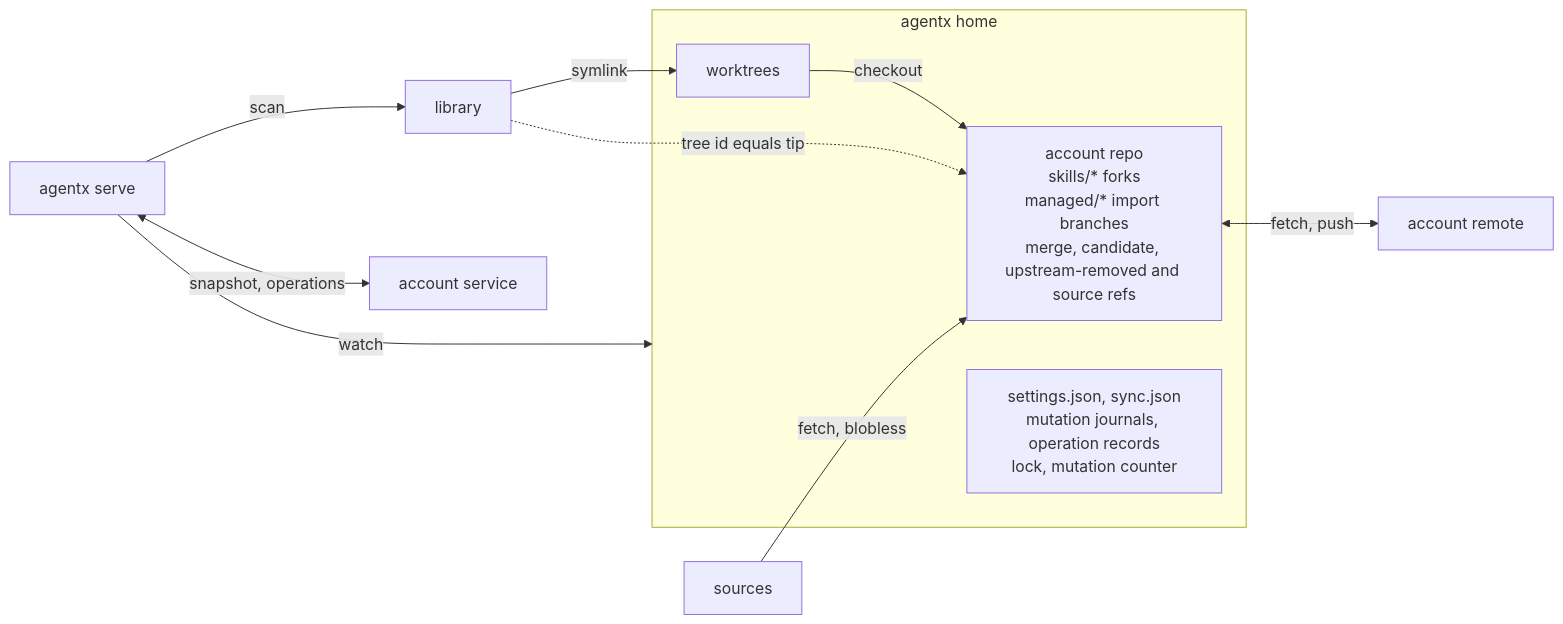
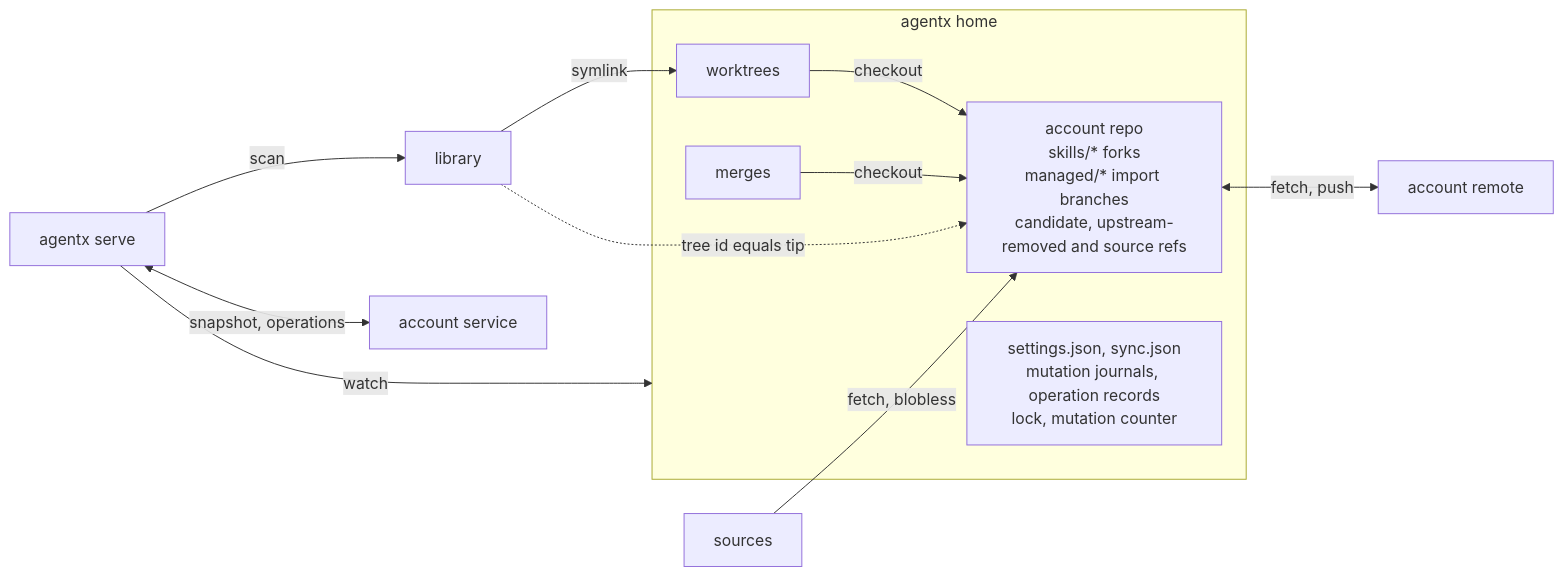
One commit to grundmanise/agentx changed the diagram in docs/adr/0004-no-local-database-git-holds-lineage-files-hold-machine-state.md. Above: the diagram before and after it, drawn with Mermaid. The commit also changed other lines of this file and 29 other files, not shown here.

````diff
--- a/docs/adr/0004-no-local-database-git-holds-lineage-files-hold-machine-state.md
+++ b/docs/adr/0004-no-local-database-git-holds-lineage-files-hold-machine-state.md
@@ -24,16 +25,18 @@
 ```mermaid
 flowchart LR
   subgraph home["agentx home"]
-    repo["account repo<br/>skills/* forks<br/>managed/* import branches<br/>merge, candidate, upstream-removed and source refs"]
+    repo["account repo<br/>skills/* forks<br/>managed/* import branches<br/>candidate, upstream-removed and source refs"]
     wt["worktrees"]
+    merges["merges"]
     files["settings.json, sync.json<br/>mutation journals, operation records<br/>lock, mutation counter"]
   end
   lib["library"] -- symlink --> wt
   wt -- checkout --> repo
+  merges -- checkout --> repo
   lib -. tree id equals tip .-> repo
   sources["sources"] -- fetch, blobless --> repo
   repo <-- fetch, push --> remote["account remote"]
   serve["agentx serve"] -- scan --> lib
   serve -- watch --> home
   serve <-- snapshot, operations --> svc["account service"]
 ```
````
